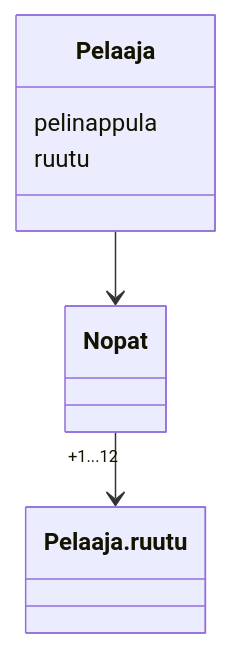
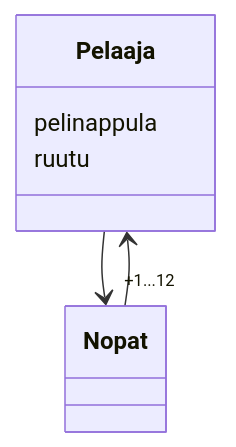
Before and after one commit to alumppio/ot-harjoitustyo: the diagram in laskarit/viikko3/monopoli.md, drawn with Mermaid.

Commit message:
monopoli.md

````diff
--- a/laskarit/viikko3/monopoli.md
+++ b/laskarit/viikko3/monopoli.md
@@ -3,14 +3,14 @@
 ```mermaid 
 
   classDiagram
       Pelaaja --> Nopat
-      Nopat "+1...12" --> Pelaaja.ruutu
+      Nopat "+1...12" --> Pelaaja
 
 
 
       class Pelaaja{
           pelinappula
           ruutu
       }    
 
 ```
````
